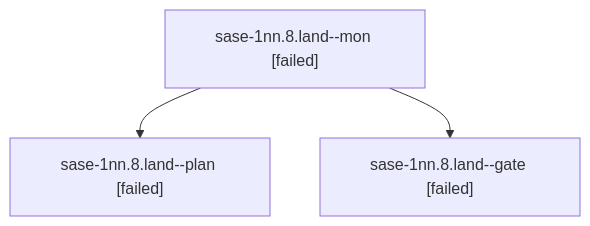
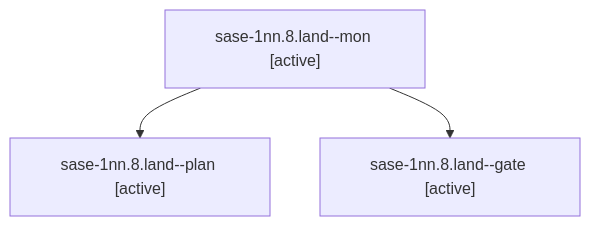
The diagram in sessions/bbugyi200.athena.sase-1nn.8.land.md (sase-org/sase--agents), drawn with Mermaid before and after one commit. The commit also changed other lines of this file and 144 other files, not shown here.

````diff
--- a/sessions/bbugyi200.athena.sase-1nn.8.land.md
+++ b/sessions/bbugyi200.athena.sase-1nn.8.land.md
@@ -9,8 +9,8 @@
 ```mermaid
 flowchart TD
-  n0["sase-1nn.8.land--mon [failed]"]
-  n1["sase-1nn.8.land--plan [failed]"]
+  n0["sase-1nn.8.land--mon [active]"]
+  n1["sase-1nn.8.land--plan [active]"]
   n0 --> n1
-  n2["sase-1nn.8.land--gate [failed]"]
+  n2["sase-1nn.8.land--gate [active]"]
   n0 --> n2
 ```
````
